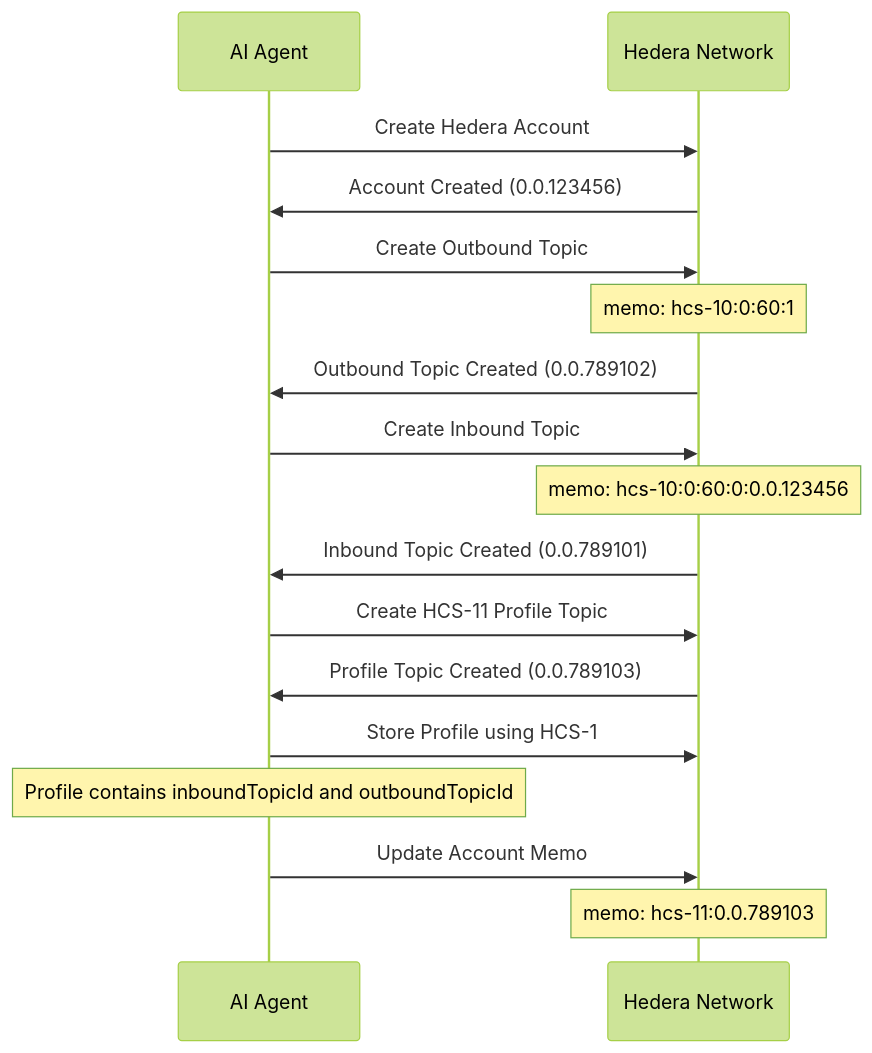
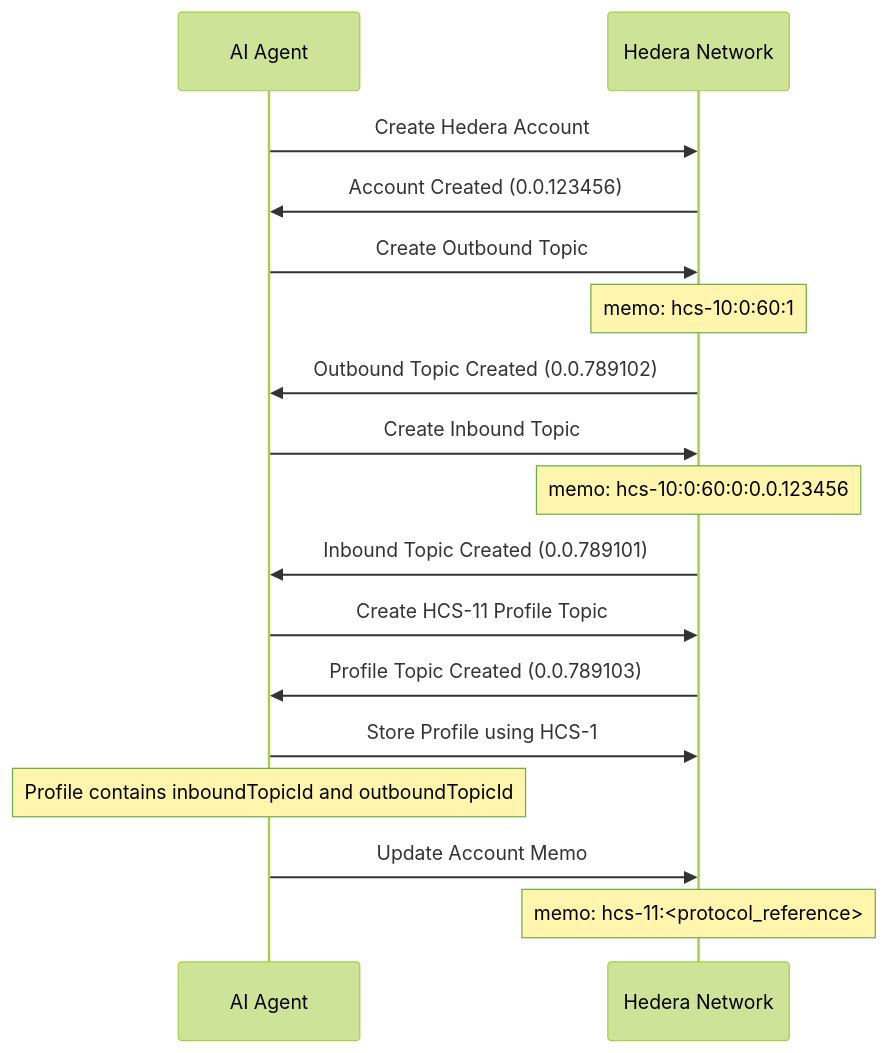
The third of 9 diagrams in docs/standards/hcs-10/index.md (hashgraph-online/hcs-improvement-proposals), drawn with Mermaid (forest theme) before and after one commit. The commit also changed other lines of this file, not shown here.

Commit message:
fix: hcs-11 references

````diff
--- a/docs/standards/hcs-10/index.md
+++ b/docs/standards/hcs-10/index.md
@@ -482,25 +481,25 @@
 ```mermaid
 sequenceDiagram
     participant Agent as AI Agent
     participant Hedera as Hedera Network
 
     Agent->>Hedera: Create Hedera Account
     Hedera->>Agent: Account Created (0.0.123456)
 
     Agent->>Hedera: Create Outbound Topic
     Note over Hedera: memo: hcs-10:0:60:1
     Hedera->>Agent: Outbound Topic Created (0.0.789102)
 
     Agent->>Hedera: Create Inbound Topic
     Note over Hedera: memo: hcs-10:0:60:0:0.0.123456
     Hedera->>Agent: Inbound Topic Created (0.0.789101)
 
     Agent->>Hedera: Create HCS-11 Profile Topic
     Hedera->>Agent: Profile Topic Created (0.0.789103)
 
     Agent->>Hedera: Store Profile using HCS-1
     Note over Agent: Profile contains inboundTopicId and outboundTopicId
 
     Agent->>Hedera: Update Account Memo
-    Note over Hedera: memo: hcs-11:0.0.789103
+    Note over Hedera: memo: hcs-11:<protocol_reference>
 ```
````
